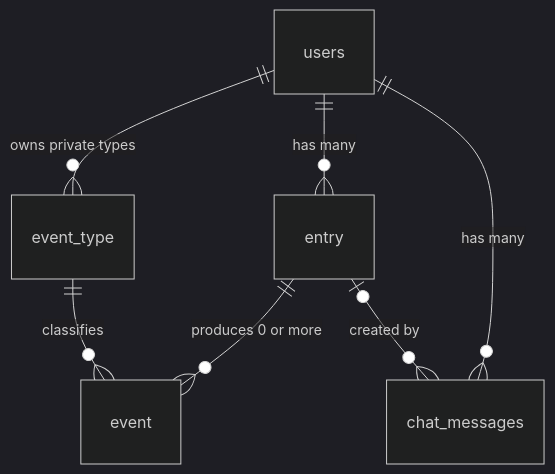
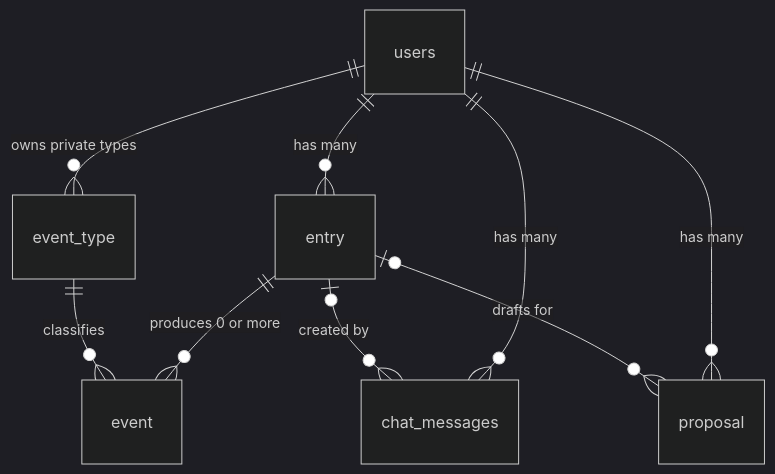
The second of 2 diagrams in docs/DESIGN.md (MikeHake/ai-wellness-coach), drawn with Mermaid (dark theme) before and after one commit. The commit also changed other lines of this file and 1 other file, not shown here.

````diff
--- a/docs/DESIGN.md
+++ b/docs/DESIGN.md
@@ -118,9 +118,11 @@
 ```mermaid
 erDiagram
   users ||--o{ entry : "has many"
   users ||--o{ event_type : "owns private types"
   users ||--o{ chat_messages : "has many"
   entry ||--o{ event : "produces 0 or more"
   event_type ||--o{ event : "classifies"
   entry |o--o{ chat_messages : "created by"
+  users ||--o{ proposal : "has many"
+  entry |o--o{ proposal : "drafts for"
 ```
````
